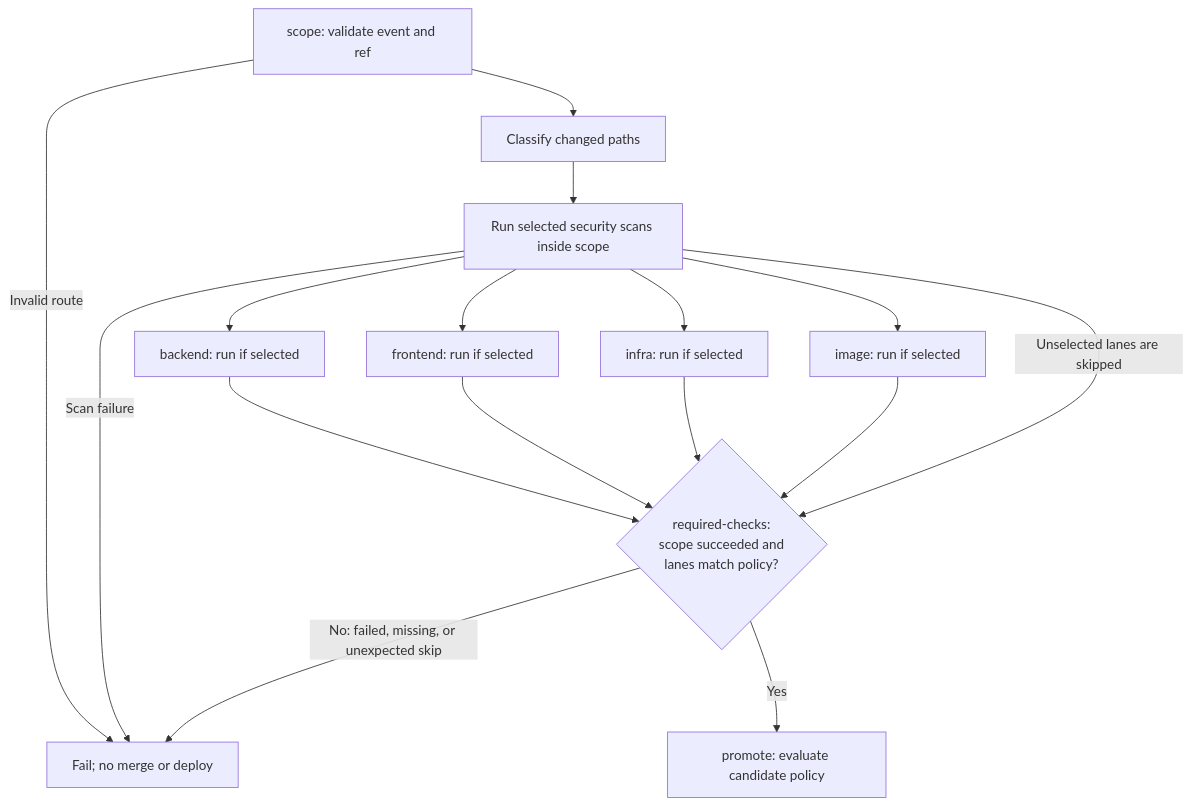
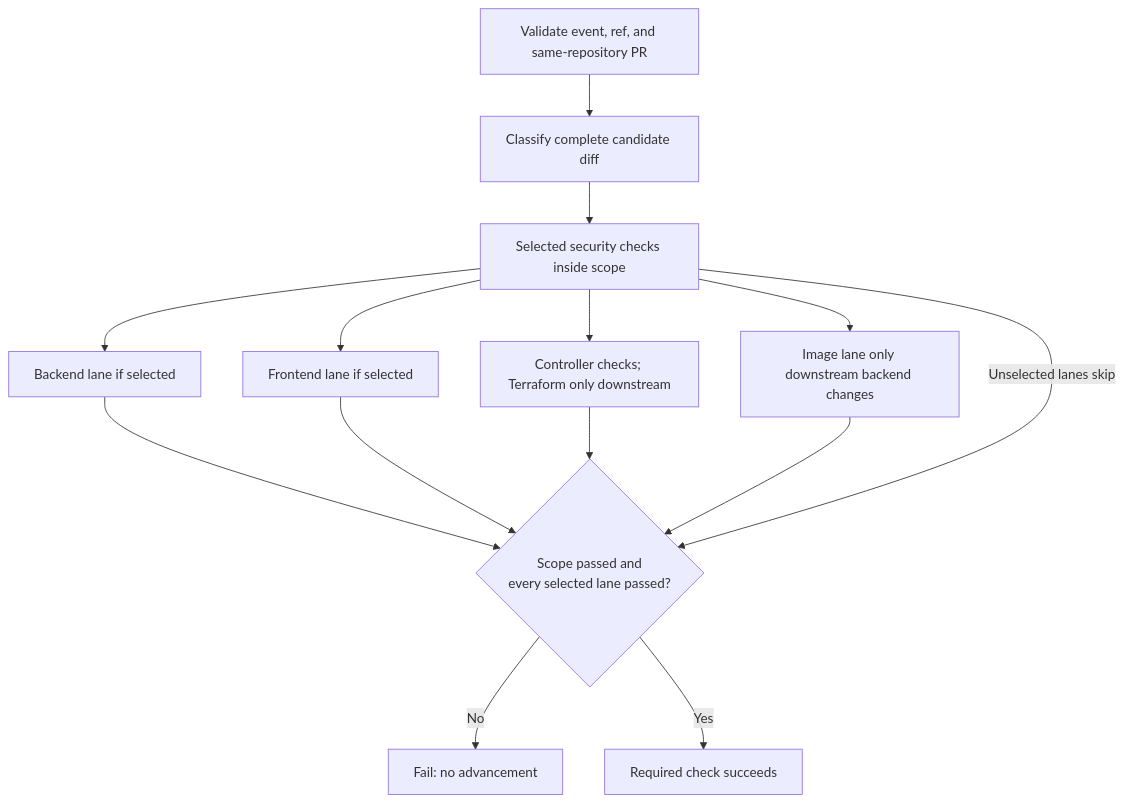
One commit to Yale-Undergraduate-Consulting-Group/club-res-website changed the third of 16 diagrams in docs/CI_CD.md. Above: the diagram before and after it, drawn with Mermaid. The commit also changed other lines of this file and 40 other files, not shown here.

Commit message:
Redesign contributor stages and document AWS architecture

````diff
--- a/docs/CI_CD.md
+++ b/docs/CI_CD.md
@@ -58,18 +129,16 @@
 ```mermaid
 flowchart TD
-  R["scope: validate event and ref"] --> C["Classify changed paths"]
-  C --> S["Run selected security scans inside scope"]
-  S --> B["backend: run if selected"]
-  S --> F["frontend: run if selected"]
-  S --> I["infra: run if selected"]
-  S --> M["image: run if selected"]
-  B --> G{"required-checks:<br/>scope succeeded and<br/>lanes match policy?"}
+  R["Validate event, ref, and same-repository PR"] --> S["Classify complete candidate diff"]
+  S --> SEC["Selected security checks inside scope"]
+  SEC --> B["Backend lane if selected"]
+  SEC --> F["Frontend lane if selected"]
+  SEC --> I["Controller checks; Terraform only downstream"]
+  SEC --> IMG["Image lane only downstream backend changes"]
+  B --> G{"Scope passed and<br/>every selected lane passed?"}
   F --> G
   I --> G
-  M --> G
-  S -->|Unselected lanes are skipped| G
-  R -->|Invalid route| X["Fail; no merge or deploy"]
-  S -->|Scan failure| X
-  G -->|No: failed, missing, or unexpected skip| X
-  G -->|Yes| P["promote: evaluate candidate policy"]
+  IMG --> G
+  SEC -->|Unselected lanes skip| G
+  G -->|No| STOP["Fail: no advancement"]
+  G -->|Yes| OK["Required check succeeds"]
 ```
````
